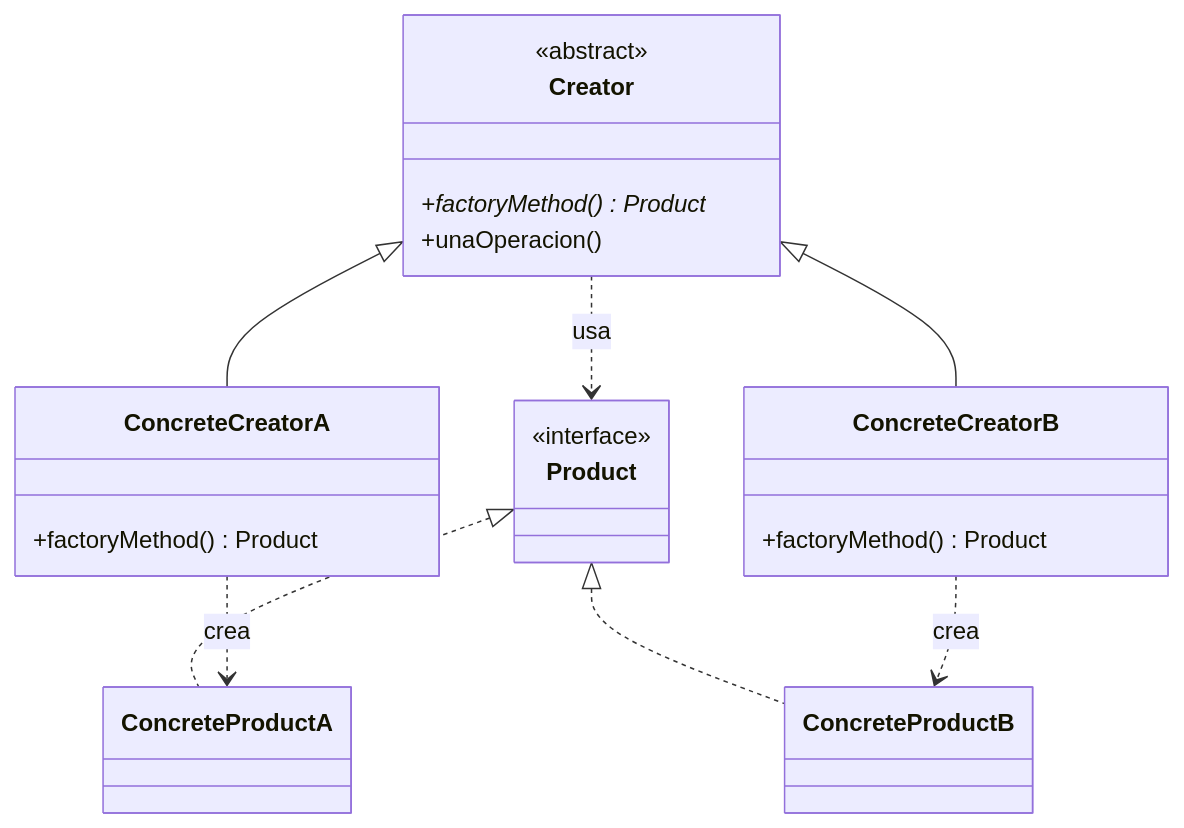
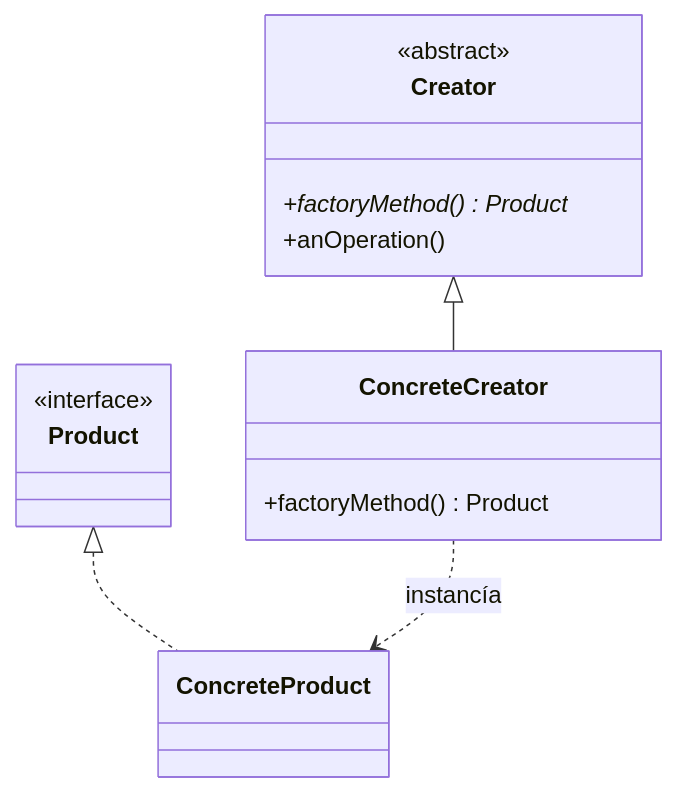
Before and after one commit to auwus21/Facultad-Informatica-UNLP: the second of 3 diagrams in OO2/Teoria/Resumenes/Clase4.md, drawn with Mermaid. The commit also changed other lines of this file and 34 other files, not shown here.

````diff
--- a/OO2/Teoria/Resumenes/Clase4.md
+++ b/OO2/Teoria/Resumenes/Clase4.md
@@ -217,27 +114,19 @@
 ```mermaid
 classDiagram
+    class Product {
+        <<interface>>
+    }
+    class ConcreteProduct
     class Creator {
         <<abstract>>
         +factoryMethod()* Product
-        +unaOperacion()
+        +anOperation()
     }
-    class ConcreteCreatorA {
+    class ConcreteCreator {
         +factoryMethod() Product
     }
-    class ConcreteCreatorB {
-        +factoryMethod() Product
-    }
-    class Product {
-        <<interface>>
-    }
-    class ConcreteProductA
-    class ConcreteProductB
 
-    Creator <|-- ConcreteCreatorA
-    Creator <|-- ConcreteCreatorB
-    Product <|.. ConcreteProductA
-    Product <|.. ConcreteProductB
-    ConcreteCreatorA ..> ConcreteProductA : crea
-    ConcreteCreatorB ..> ConcreteProductB : crea
-    Creator ..> Product : usa
+    Product <|.. ConcreteProduct
+    Creator <|-- ConcreteCreator
+    ConcreteCreator ..> ConcreteProduct : instancía
 ```
````
